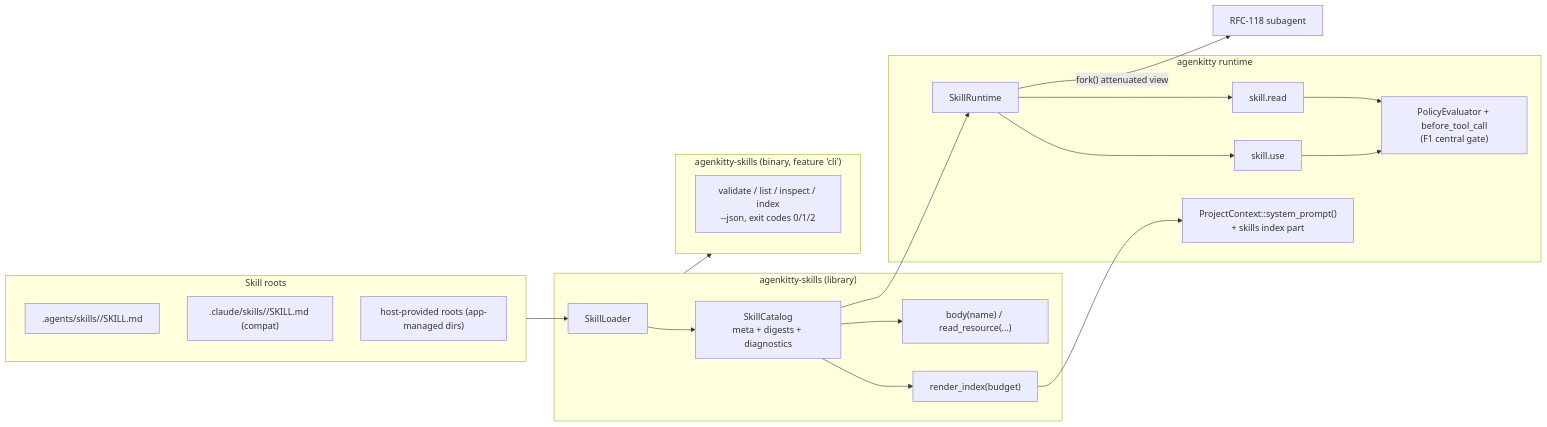
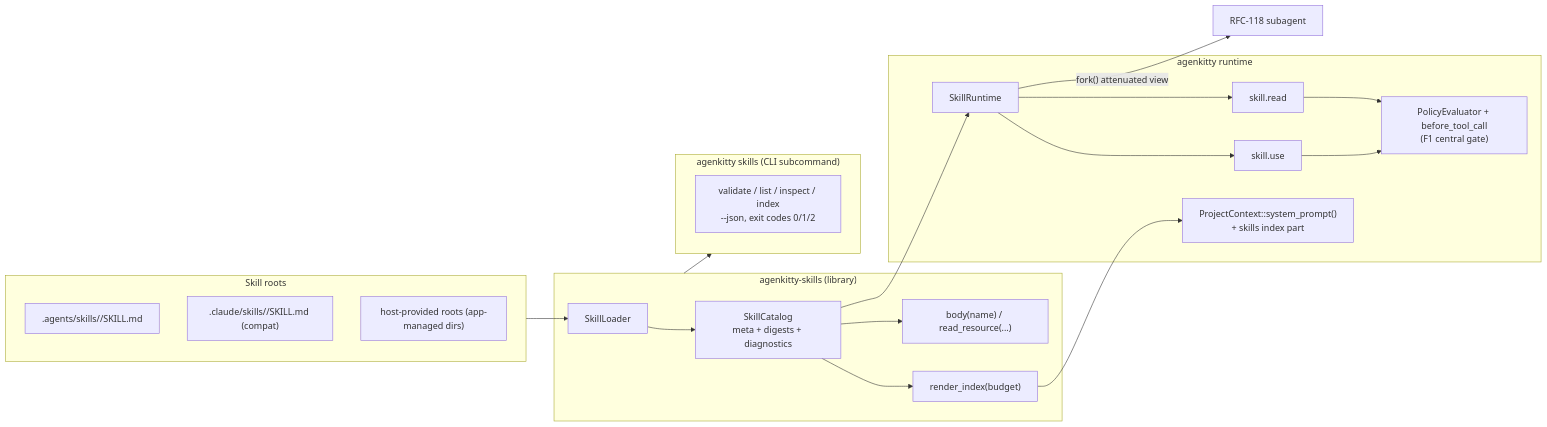
Before and after one commit to mambisi/pocopine: the first of 2 diagrams in rfcs/rfc-121-agenkitty-skills.md, drawn with Mermaid. The commit also changed other lines of this file and 12 other files, not shown here.

First line of the commit message:
refactor(skills): fold the loader CLI into `agenkitty skills` (RFC-121 revision)

````diff
--- a/rfcs/rfc-121-agenkitty-skills.md
+++ b/rfcs/rfc-121-agenkitty-skills.md
@@ -59,33 +61,33 @@
 ```mermaid
 flowchart LR
     subgraph disk [Skill roots]
         A[".agents/skills/<name>/SKILL.md"]
         B[".claude/skills/<name>/SKILL.md (compat)"]
         C["host-provided roots (app-managed dirs)"]
     end
 
     subgraph lib ["agenkitty-skills (library)"]
         L[SkillLoader] --> CAT["SkillCatalog<br/>meta + digests + diagnostics"]
         CAT --> IDX["render_index(budget)"]
         CAT --> BODY["body(name) / read_resource(...)"]
     end
 
-    subgraph bin ["agenkitty-skills (binary, feature 'cli')"]
+    subgraph bin ["agenkitty skills (CLI subcommand)"]
         V["validate / list / inspect / index<br/>--json, exit codes 0/1/2"]
     end
 
     subgraph rt ["agenkitty runtime"]
         SR[SkillRuntime] --> T1["skill.use"]
         SR --> T2["skill.read"]
         SP["ProjectContext::system_prompt()<br/>+ skills index part"]
         POL["PolicyEvaluator + before_tool_call<br/>(F1 central gate)"]
     end
 
     disk --> L
     CAT --> SR
     IDX --> SP
     T1 --> POL
     T2 --> POL
     lib --> bin
     SR -- "fork() attenuated view" --> SUB["RFC-118 subagent"]
 ```
````
